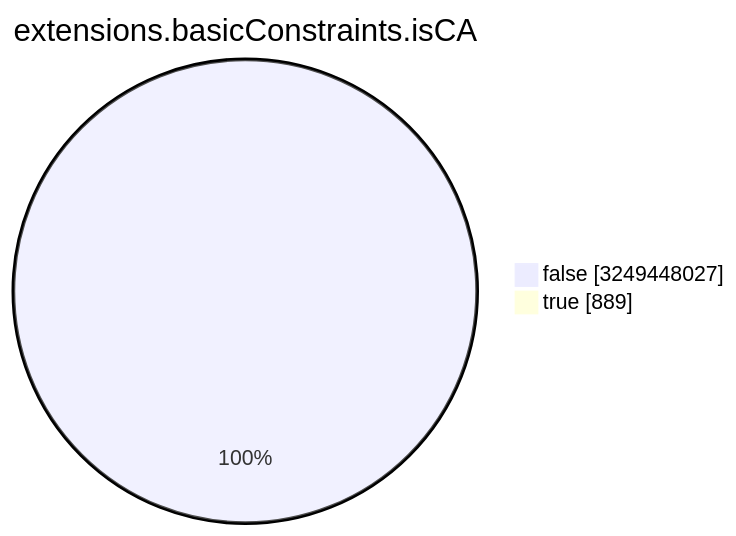
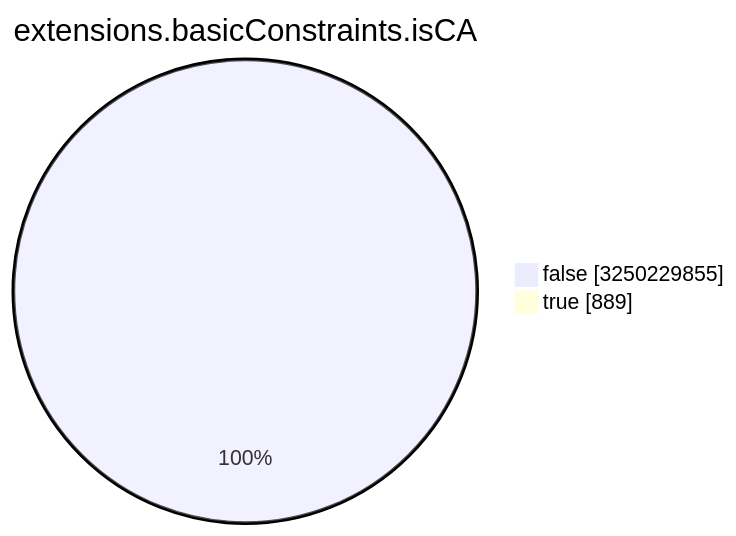
The seventh of 15 diagrams in TOTAL/README.md (christiankrug/ctmonitor_visualization), drawn with Mermaid before and after one commit. The commit also changed other lines of this file, not shown here.

````diff
--- a/TOTAL/README.md
+++ b/TOTAL/README.md
@@ -3088,6 +3088,6 @@
 ```mermaid
 pie showData
 title extensions.basicConstraints.isCA
-"false" :3249448027
+"false" :3250229855
 "true" :889
 ```
````
